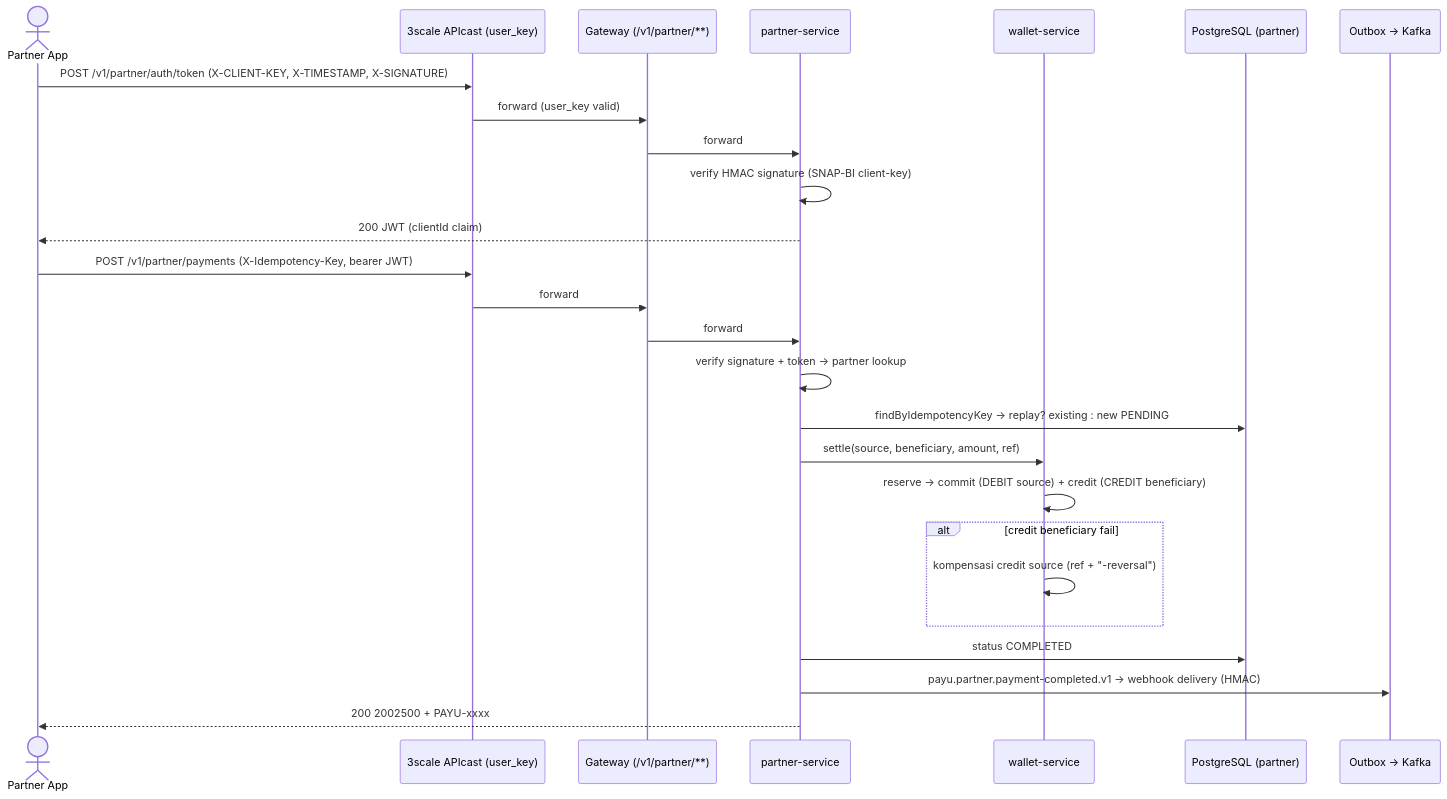
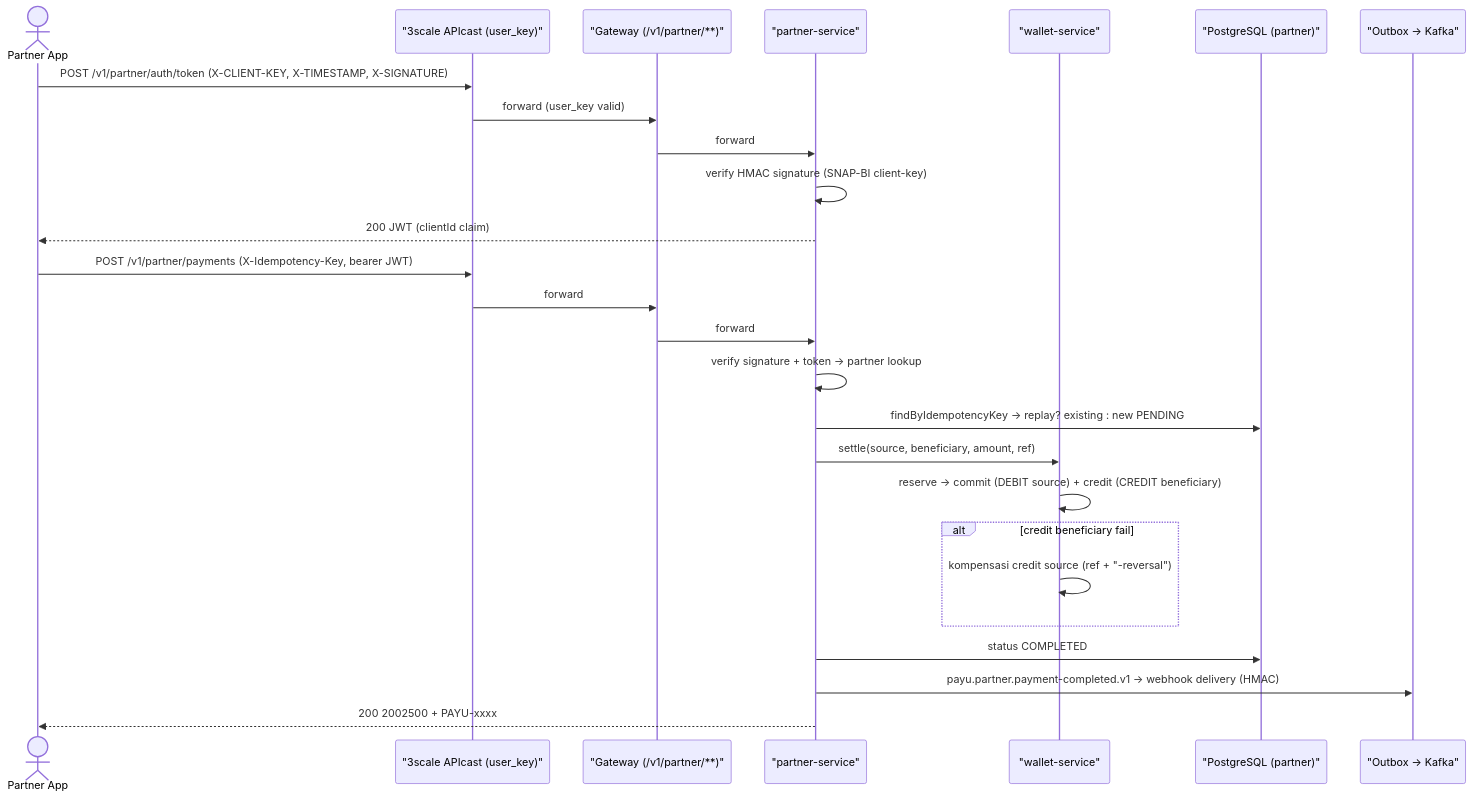
One commit to fajjarnr/payu changed the fourth of 51 diagrams in docs/product/FLOWS.md. Above: the diagram before and after it, drawn with Mermaid. The commit also changed other lines of this file, not shown here.

First line of the commit message:
fix(flows): mermaid render — quoted aliases, #59; semicolons, %% comments

````diff
--- a/docs/product/FLOWS.md
+++ b/docs/product/FLOWS.md
@@ -136,30 +136,30 @@
 ```mermaid
 sequenceDiagram
     actor P as Partner App
-    participant E as 3scale APIcast (user_key)
-    participant G as Gateway (/v1/partner/**)
-    participant PS as partner-service
-    participant WL as wallet-service
-    participant DB as PostgreSQL (partner)
-    participant OB as Outbox → Kafka
+    participant E as "3scale APIcast (user_key)"
+    participant G as "Gateway (/v1/partner/**)"
+    participant PS as "partner-service"
+    participant WL as "wallet-service"
+    participant DB as "PostgreSQL (partner)"
+    participant OB as "Outbox → Kafka"
 
     P->>E: POST /v1/partner/auth/token (X-CLIENT-KEY, X-TIMESTAMP, X-SIGNATURE)
     E->>G: forward (user_key valid)
     G->>PS: forward
     PS->>PS: verify HMAC signature (SNAP-BI client-key)
     PS-->>P: 200 JWT (clientId claim)
 
     P->>E: POST /v1/partner/payments (X-Idempotency-Key, bearer JWT)
     E->>G: forward
     G->>PS: forward
     PS->>PS: verify signature + token → partner lookup
     PS->>DB: findByIdempotencyKey → replay? existing : new PENDING
     PS->>WL: settle(source, beneficiary, amount, ref)
     WL->>WL: reserve → commit (DEBIT source) + credit (CREDIT beneficiary)
     alt credit beneficiary fail
         WL->>WL: kompensasi credit source (ref + "-reversal")
     end
     PS->>DB: status COMPLETED
     PS->>OB: payu.partner.payment-completed.v1 → webhook delivery (HMAC)
     PS-->>P: 200 2002500 + PAYU-xxxx
 ```
````
